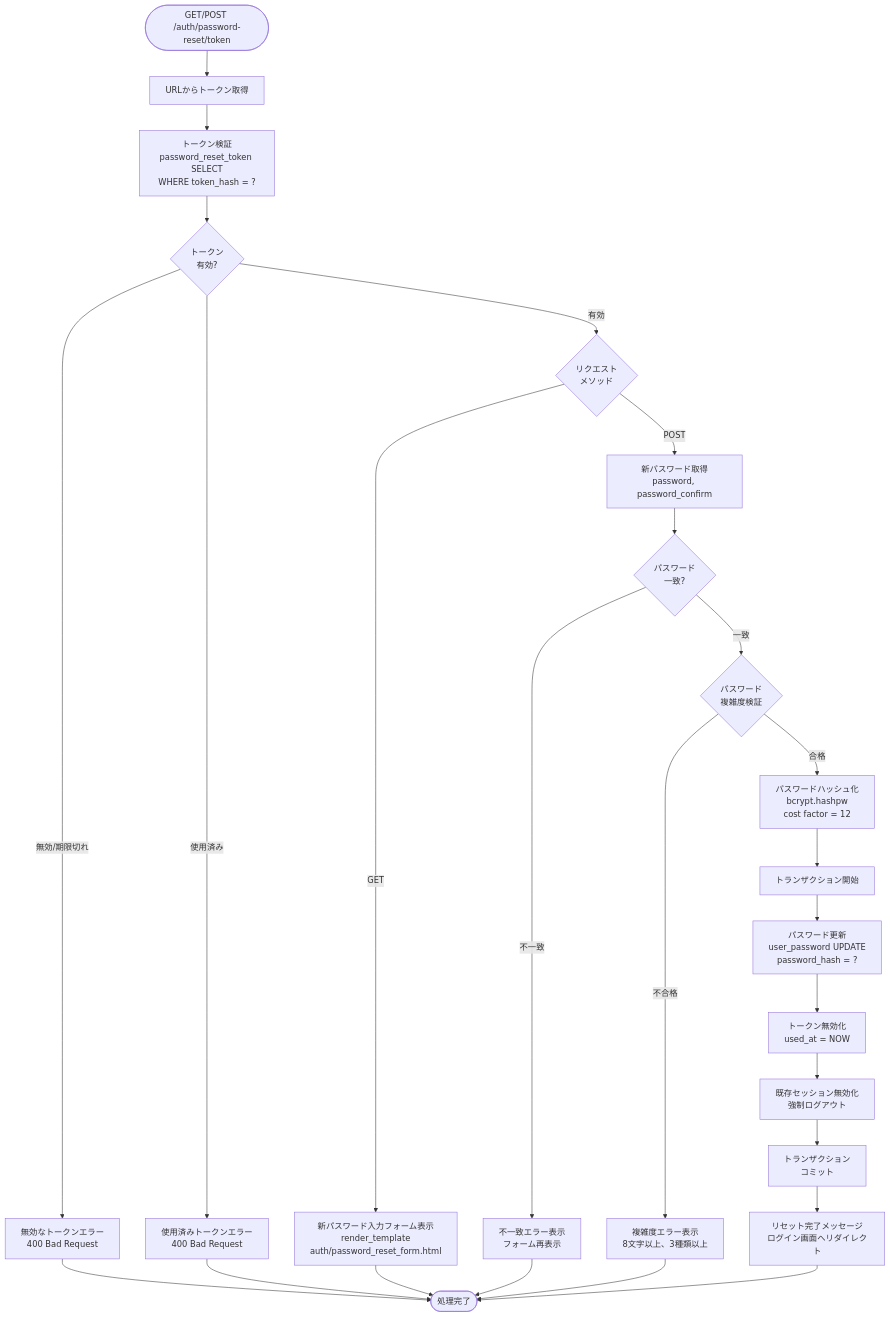
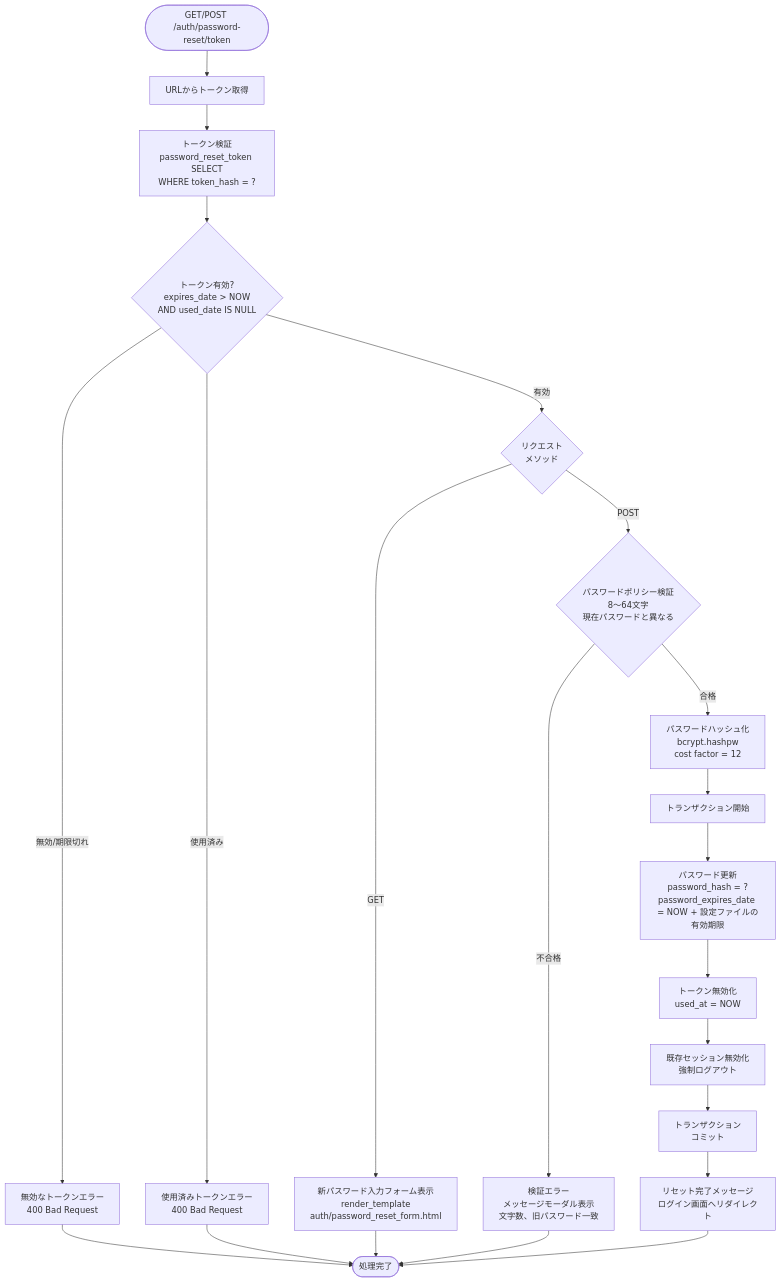
One commit to NSW-SVCP-AIWG002/Databricks-IoT changed the fourth of 4 diagrams in docs/03-features/common/authentication-specification.md. Above: the diagram before and after it, drawn with Mermaid. The commit also changed other lines of this file and 1 other file, not shown here.

````diff
--- a/docs/03-features/common/authentication-specification.md
+++ b/docs/03-features/common/authentication-specification.md
@@ -1661,39 +1749,33 @@
 ```mermaid
 flowchart TD
     Start([GET/POST /auth/password-reset/token]) --> GetToken[URLからトークン取得]
     GetToken --> ValidateToken[トークン検証<br>password_reset_token SELECT<br>WHERE token_hash = ?]
 
-    ValidateToken --> CheckToken{トークン<br>有効?}
+    ValidateToken --> CheckToken{トークン有効?<br>expires_date > NOW<br>AND used_date IS NULL}
 
     CheckToken -->|無効/期限切れ| ShowInvalidErr[無効なトークンエラー<br>400 Bad Request]
     ShowInvalidErr --> End1([処理完了])
 
     CheckToken -->|使用済み| ShowUsedErr[使用済みトークンエラー<br>400 Bad Request]
     ShowUsedErr --> End1
 
     CheckToken -->|有効| CheckMethod{リクエスト<br>メソッド}
 
     CheckMethod -->|GET| ShowNewPwForm[新パスワード入力フォーム表示<br>render_template<br>auth/password_reset_form.html]
     ShowNewPwForm --> End1
 
-    CheckMethod -->|POST| GetNewPw[新パスワード取得<br>password, password_confirm]
-    GetNewPw --> CheckMatch{パスワード<br>一致?}
+    CheckMethod -->|POST| ValidateComplexity{パスワードポリシー検証<br>8〜64文字<br>現在パスワードと異なる}
 
-    CheckMatch -->|不一致| ShowMatchErr[不一致エラー表示<br>フォーム再表示]
-    ShowMatchErr --> End1
-
-    CheckMatch -->|一致| ValidateComplexity{パスワード<br>複雑度検証}
-
-    ValidateComplexity -->|不合格| ShowComplexErr[複雑度エラー表示<br>8文字以上、3種類以上]
+    ValidateComplexity -->|不合格| ShowComplexErr[検証エラー<br>メッセージモーダル表示<br>文字数、旧パスワード一致]
     ShowComplexErr --> End1
 
     ValidateComplexity -->|合格| HashPassword[パスワードハッシュ化<br>bcrypt.hashpw<br>cost factor = 12]
     HashPassword --> BeginTx[トランザクション開始]
 
-    BeginTx --> UpdatePw[パスワード更新<br>user_password UPDATE<br>password_hash = ?]
+    BeginTx --> UpdatePw[パスワード更新<br>password_hash = ?<br>password_expires_date = NOW + 設定ファイルの有効期限]
     UpdatePw --> InvalidateToken[トークン無効化<br>used_at = NOW]
     InvalidateToken --> ClearSessions[既存セッション無効化<br>強制ログアウト]
     ClearSessions --> CommitTx[トランザクション<br>コミット]
     CommitTx --> ShowResetSuccess[リセット完了メッセージ<br>ログイン画面へリダイレクト]
     ShowResetSuccess --> End1
 ```
````
